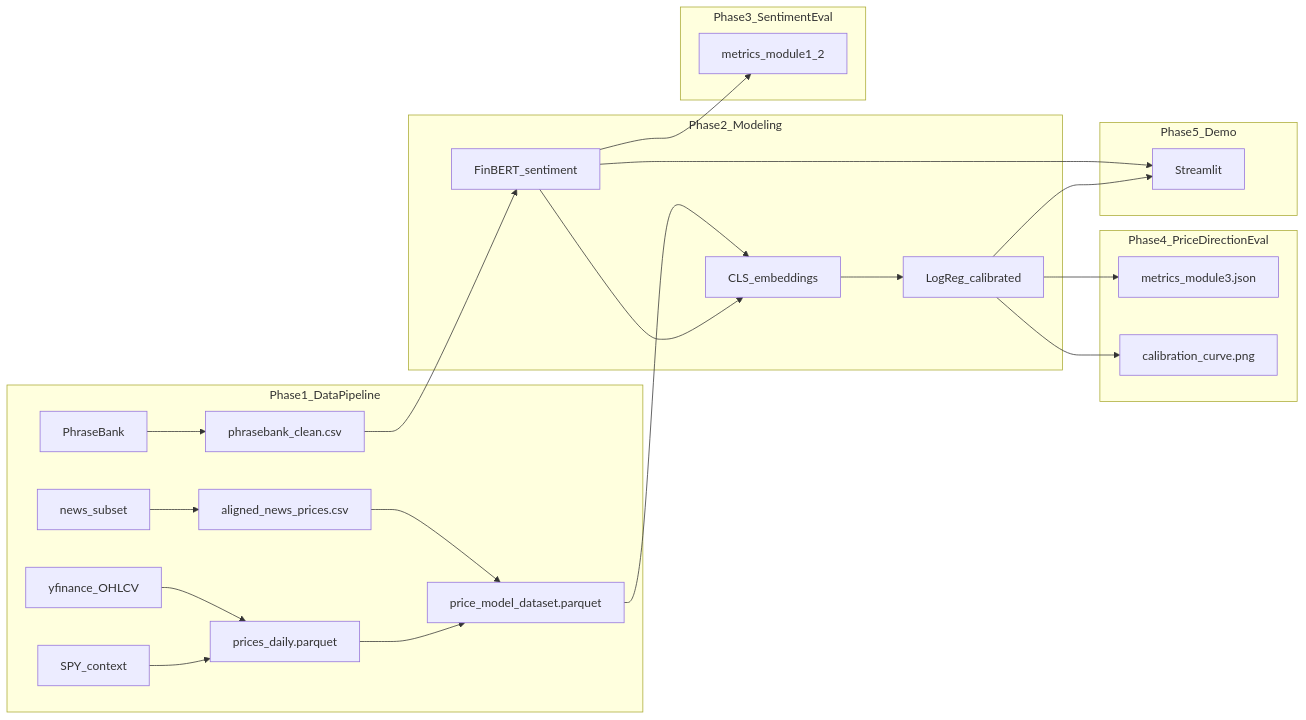
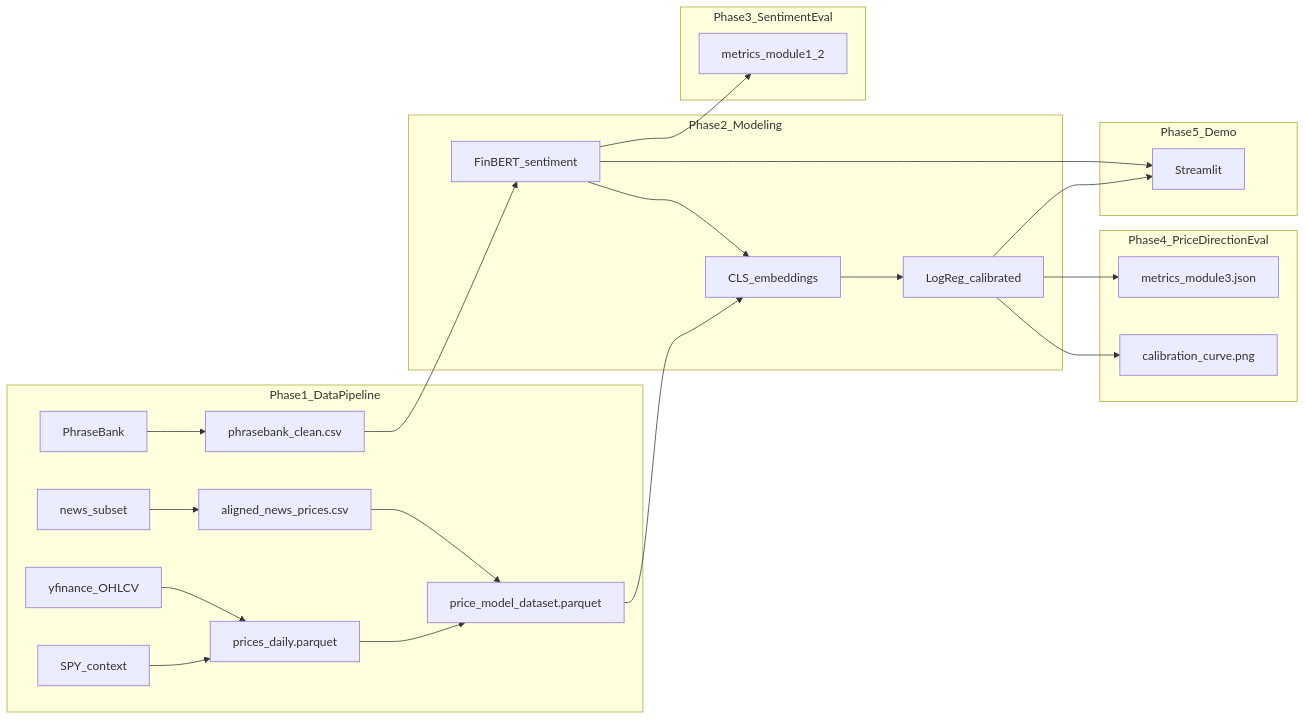
Before and after one commit to npd632/financial-sentiment-analysis: the diagram in README.md, drawn with Mermaid. The commit also changed other lines of this file, not shown here.

````diff
--- a/README.md
+++ b/README.md
@@ -39,32 +39,32 @@
 ```mermaid
 flowchart LR
   subgraph phase1 [Phase1_DataPipeline]
     PB[PhraseBank]
     News[news_subset]
     YF[yfinance_OHLCV]
     SPY[SPY_context]
     PB --> CleanPB[phrasebank_clean.csv]
     News --> Aligned[aligned_news_prices.csv]
     YF --> Prices[prices_daily.parquet]
     SPY --> Prices
     Aligned --> PriceDS[price_model_dataset.parquet]
     Prices --> PriceDS
   end
   subgraph phase2 [Phase2_Modeling]
     CleanPB --> FinBERT[FinBERT_sentiment]
-    PriceDS --> Embed[CLS_embeddings]
-    FinBERT --> Embed
+    FinBERT --> Embed[CLS_embeddings]
+    PriceDS --> Embed
     Embed --> Stage2[LogReg_calibrated]
   end
   subgraph phase3 [Phase3_SentimentEval]
     FinBERT --> M1M2[metrics_module1_2]
   end
   subgraph phase4 [Phase4_PriceDirectionEval]
     Stage2 --> M3[metrics_module3.json]
     Stage2 --> CalPlot[calibration_curve.png]
   end
   subgraph phase5 [Phase5_Demo]
     FinBERT --> Streamlit[Streamlit]
     Stage2 --> Streamlit
   end
 ```
````
